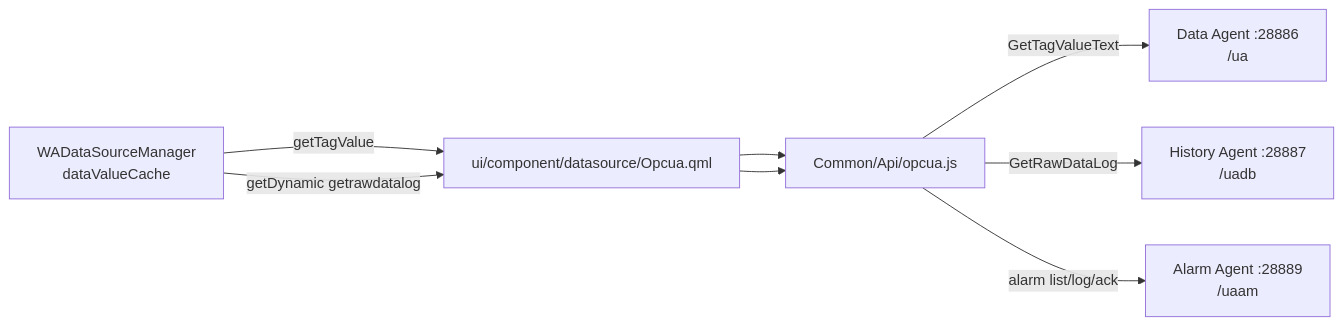
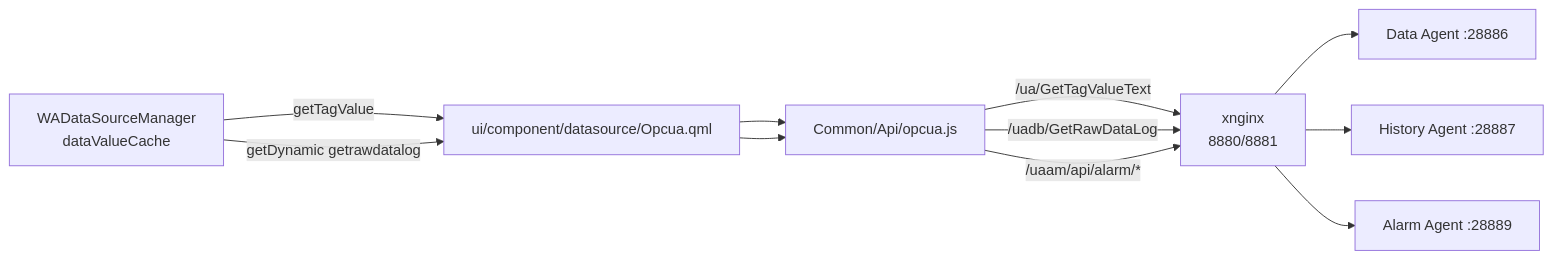
Before and after one commit to PochengChen-del/EdgeViewDoc: the sixth of 6 diagrams in SDS/03_Client_Design.md, drawn with Mermaid. The commit also changed other lines of this file and 19 other files, not shown here.

````diff
--- a/SDS/03_Client_Design.md
+++ b/SDS/03_Client_Design.md
@@ -429,13 +436,17 @@
 ```mermaid
 flowchart LR
     WDS["WADataSourceManager<br/>dataValueCache"]
     OQ["ui/component/datasource/Opcua.qml"]
     API["Common/Api/opcua.js"]
-    RT["Data Agent :28886<br/>/ua"]
-    HIS["History Agent :28887<br/>/uadb"]
-    ALM["Alarm Agent :28889<br/>/uaam"]
+    NG["xnginx<br/>8880/8881"]
+    RT["Data Agent :28886"]
+    HIS["History Agent :28887"]
+    ALM["Alarm Agent :28889"]
 
-    WDS -->|getTagValue| OQ --> API -->|GetTagValueText| RT
-    WDS -->|getDynamic getrawdatalog| OQ --> API -->|GetRawDataLog| HIS
-    API -->|alarm list/log/ack| ALM
+    WDS -->|getTagValue| OQ --> API -->|/ua/GetTagValueText| NG
+    WDS -->|getDynamic getrawdatalog| OQ --> API -->|/uadb/GetRawDataLog| NG
+    API -->|/uaam/api/alarm/*| NG
+    NG --> RT
+    NG --> HIS
+    NG --> ALM
 ```
````
